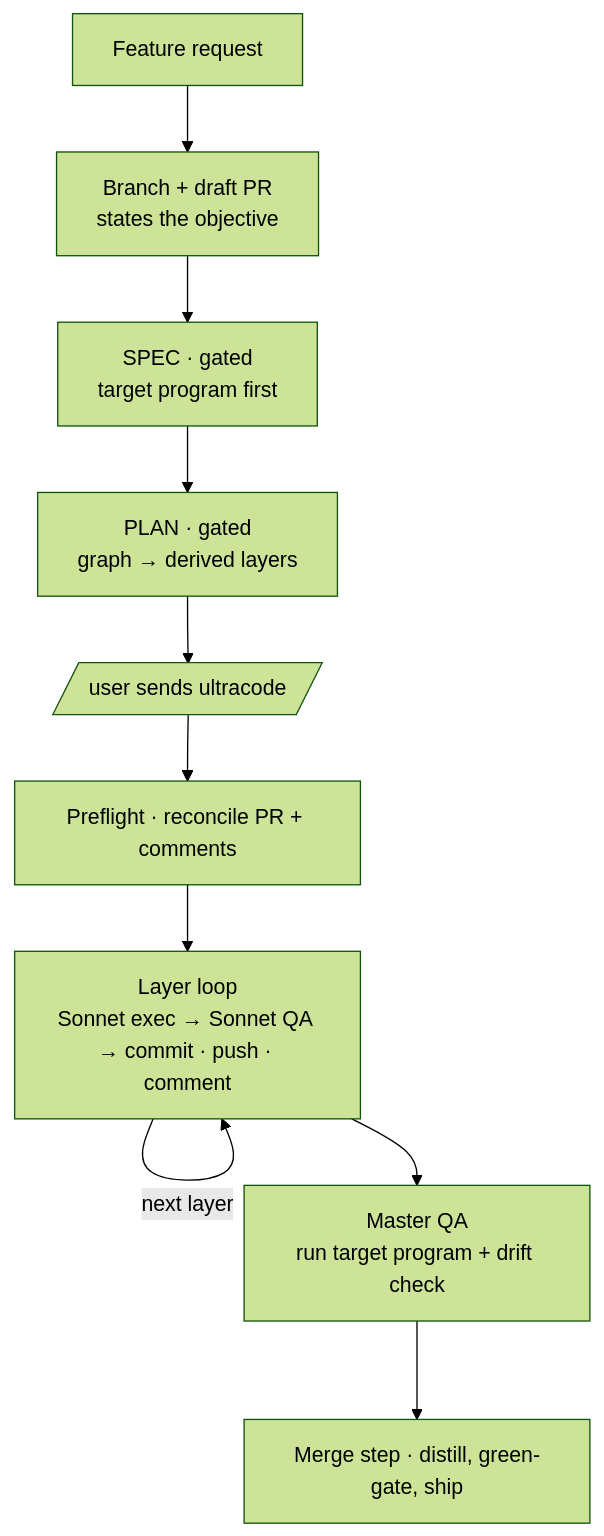
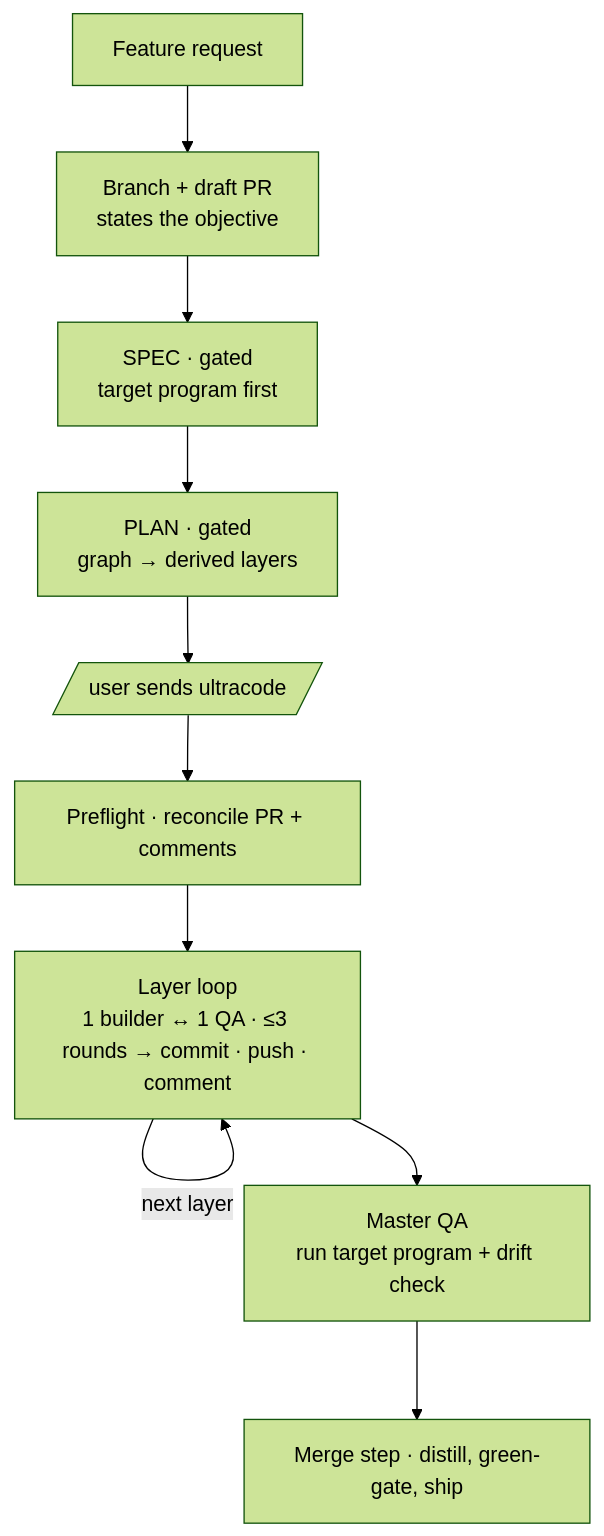
The diagram in .claude/product.md (outputty/claude-plugin), drawn with Mermaid (forest theme) before and after one commit. The commit also changed other lines of this file and 8 other files, not shown here.

First line of the commit message:
feat(build): one builder + one QA per layer, TDD definition-of-done (0.12.0)

````diff
--- a/.claude/product.md
+++ b/.claude/product.md
@@ -112,12 +108,12 @@
 ```mermaid
 flowchart TD
   A[Feature request] --> B[Branch + draft PR<br/>states the objective]
   B --> S[SPEC · gated<br/>target program first]
   S --> P[PLAN · gated<br/>graph → derived layers]
   P --> U[/user sends ultracode/]
   U --> F[Preflight · reconcile PR + comments]
-  F --> L[Layer loop<br/>Sonnet exec → Sonnet QA → commit · push · comment]
+  F --> L[Layer loop<br/>1 builder ↔ 1 QA · ≤3 rounds → commit · push · comment]
   L -->|next layer| L
   L --> M[Master QA<br/>run target program + drift check]
   M --> G[Merge step · distill, green-gate, ship]
 ```
````
